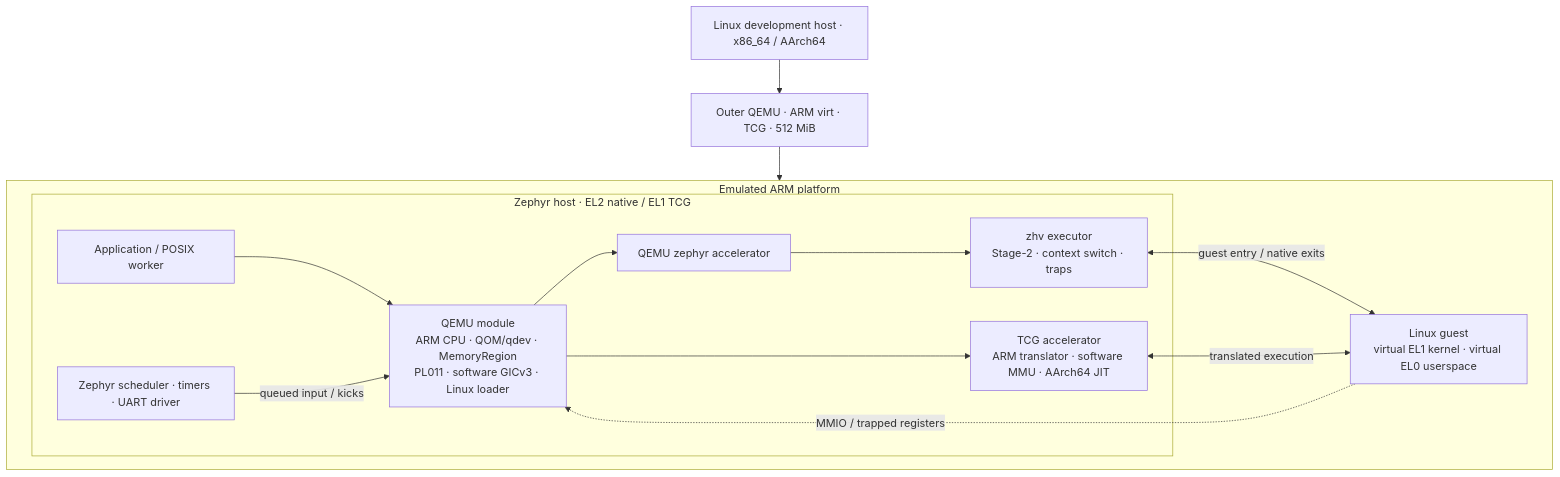
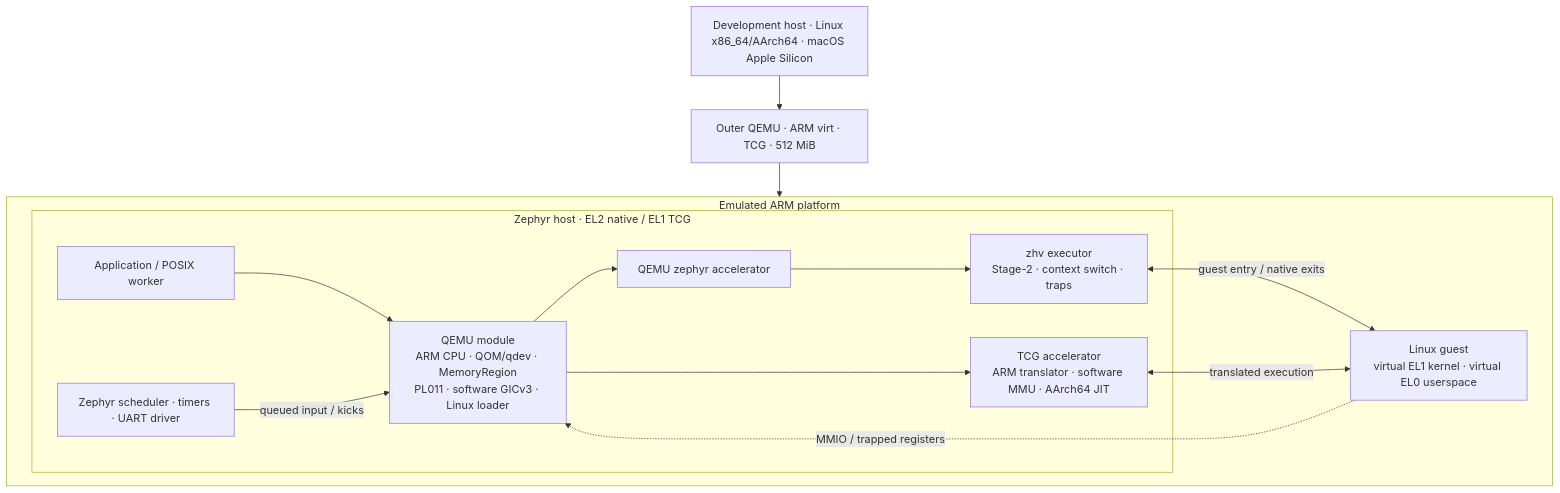
The diagram in README.md (processmission/qemu-on-zephyr), drawn with Mermaid before and after one commit. The commit also changed other lines of this file and 9 other files, not shown here.

````diff
--- a/README.md
+++ b/README.md
@@ -118,23 +120,23 @@
 ```mermaid
 flowchart TB
-    host["Linux development host · x86_64 / AArch64"]
+    host["Development host · Linux x86_64/AArch64 · macOS Apple Silicon"]
     host --> outer["Outer QEMU · ARM virt · TCG · 512 MiB"]
     subgraph platform["Emulated ARM platform"]
         subgraph el2["Zephyr host · EL2 native / EL1 TCG"]
             app["Application / POSIX worker"]
             models["QEMU module<br/>ARM CPU · QOM/qdev · MemoryRegion<br/>PL011 · software GICv3 · Linux loader"]
             accel["QEMU zephyr accelerator"]
             executor["zhv executor<br/>Stage-2 · context switch · traps"]
             kernel["Zephyr scheduler · timers · UART driver"]
             app --> models --> accel --> executor
             tcg["TCG accelerator<br/>ARM translator · software MMU · AArch64 JIT"]
             models --> tcg
             kernel -->|"queued input / kicks"| models
         end
         guest["Linux guest<br/>virtual EL1 kernel · virtual EL0 userspace"]
         executor <-->|"guest entry / native exits"| guest
         tcg <-->|"translated execution"| guest
         guest -.->|"MMIO / trapped registers"| models
     end
     outer --> platform
 ```
````
